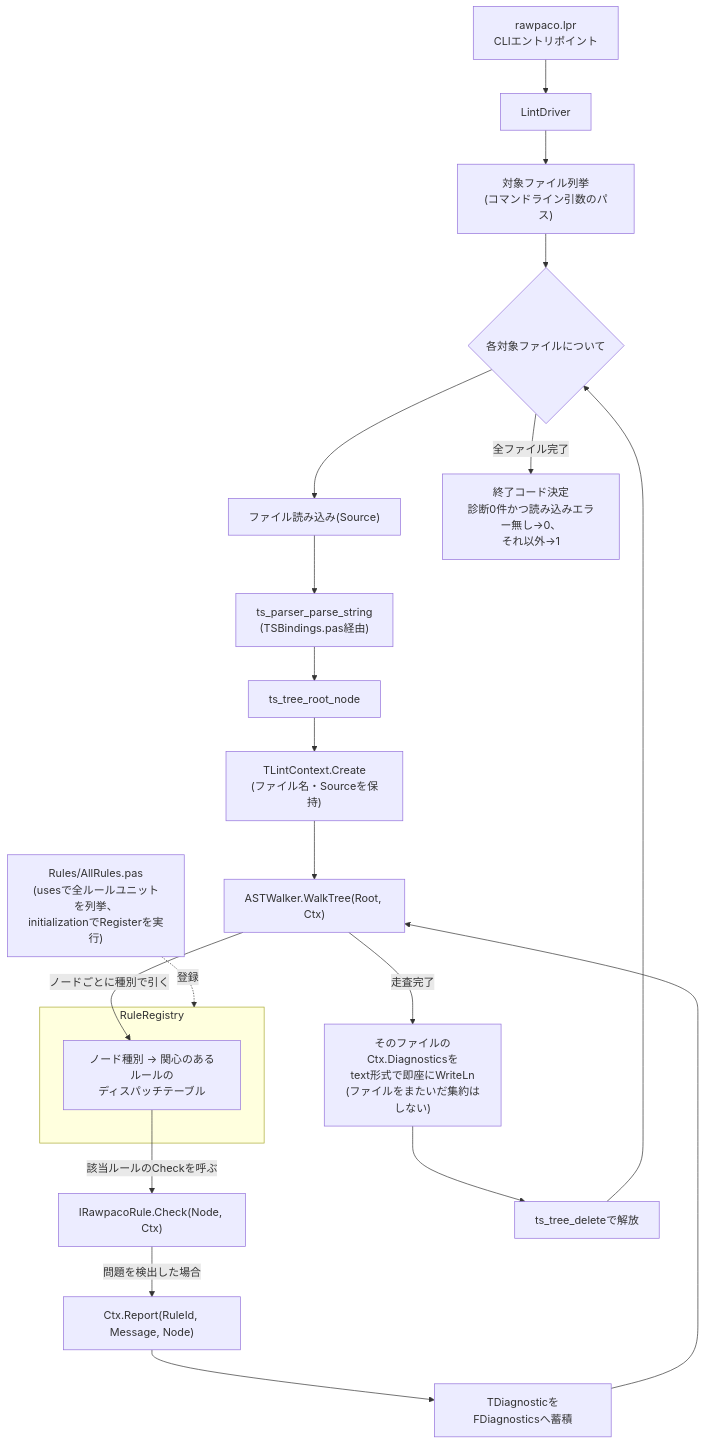
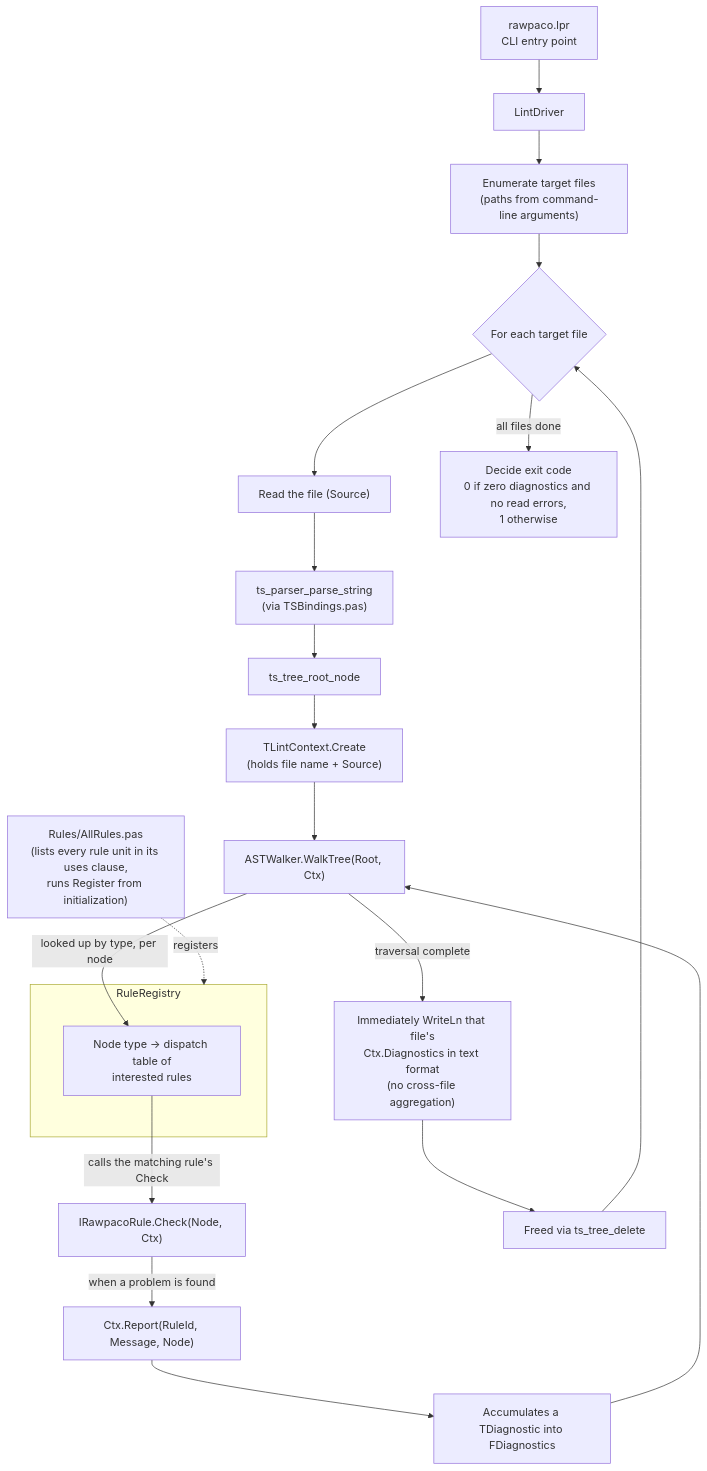
Before and after one commit to tankoha/rawpaco: the second of 3 diagrams in docs/SYSTEM_FLOW.md, drawn with Mermaid. The commit also changed other lines of this file and 10 other files, not shown here.

First line of the commit message:
Make English the canonical language for design/flow docs

````diff
--- a/docs/SYSTEM_FLOW.md
+++ b/docs/SYSTEM_FLOW.md
@@ -36,29 +38,29 @@
 ```mermaid
 flowchart TD
-    CLI["rawpaco.lpr\nCLIエントリポイント"] --> Driver["LintDriver"]
-    Driver --> Enum["対象ファイル列挙\n(コマンドライン引数のパス)"]
-    Enum --> FileLoop{"各対象ファイルについて"}
+    CLI["rawpaco.lpr\nCLI entry point"] --> Driver["LintDriver"]
+    Driver --> Enum["Enumerate target files\n(paths from command-line arguments)"]
+    Enum --> FileLoop{"For each target file"}
 
-    FileLoop --> Read["ファイル読み込み(Source)"]
-    Read --> Parse["ts_parser_parse_string\n(TSBindings.pas経由)"]
+    FileLoop --> Read["Read the file (Source)"]
+    Read --> Parse["ts_parser_parse_string\n(via TSBindings.pas)"]
     Parse --> Root["ts_tree_root_node"]
-    Root --> Ctx["TLintContext.Create\n(ファイル名・Sourceを保持)"]
+    Root --> Ctx["TLintContext.Create\n(holds file name + Source)"]
     Ctx --> Walk["ASTWalker.WalkTree(Root, Ctx)"]
 
     subgraph Registry["RuleRegistry"]
-        Dispatch["ノード種別 → 関心のあるルールの\nディスパッチテーブル"]
+        Dispatch["Node type → dispatch table of\ninterested rules"]
     end
 
-    AllRules["Rules/AllRules.pas\n(usesで全ルールユニットを列挙、\ninitializationでRegisterを実行)"] -. 登録 .-> Registry
+    AllRules["Rules/AllRules.pas\n(lists every rule unit in its uses clause,\nruns Register from initialization)"] -. registers .-> Registry
 
-    Walk -->|"ノードごとに種別で引く"| Dispatch
-    Dispatch -->|"該当ルールのCheckを呼ぶ"| RuleCheck["IRawpacoRule.Check(Node, Ctx)"]
-    RuleCheck -->|"問題を検出した場合"| Report["Ctx.Report(RuleId, Message, Node)"]
-    Report --> DiagList["TDiagnosticをFDiagnosticsへ蓄積"]
+    Walk -->|"looked up by type, per node"| Dispatch
+    Dispatch -->|"calls the matching rule's Check"| RuleCheck["IRawpacoRule.Check(Node, Ctx)"]
+    RuleCheck -->|"when a problem is found"| Report["Ctx.Report(RuleId, Message, Node)"]
+    Report --> DiagList["Accumulates a TDiagnostic into FDiagnostics"]
     DiagList --> Walk
 
-    Walk -->|"走査完了"| PrintFile["そのファイルのCtx.Diagnosticsを\ntext形式で即座にWriteLn\n(ファイルをまたいだ集約はしない)"]
-    PrintFile --> FreeTree["ts_tree_deleteで解放"]
+    Walk -->|"traversal complete"| PrintFile["Immediately WriteLn that file's\nCtx.Diagnostics in text format\n(no cross-file aggregation)"]
+    PrintFile --> FreeTree["Freed via ts_tree_delete"]
     FreeTree --> FileLoop
-    FileLoop -->|"全ファイル完了"| ExitCode["終了コード決定\n診断0件かつ読み込みエラー無し→0、\nそれ以外→1"]
+    FileLoop -->|"all files done"| ExitCode["Decide exit code\n0 if zero diagnostics and no read errors,\n1 otherwise"]
 ```
````
